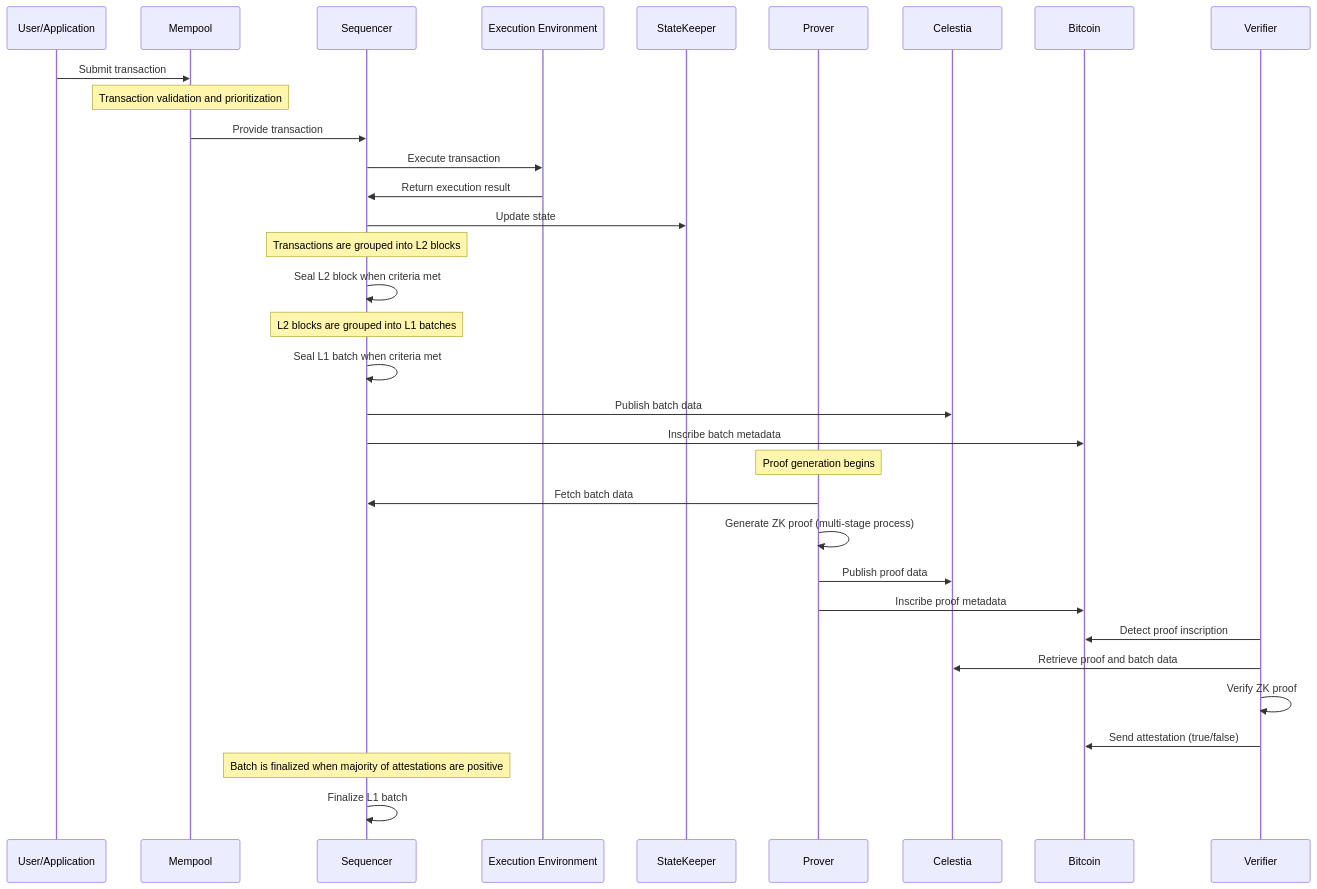
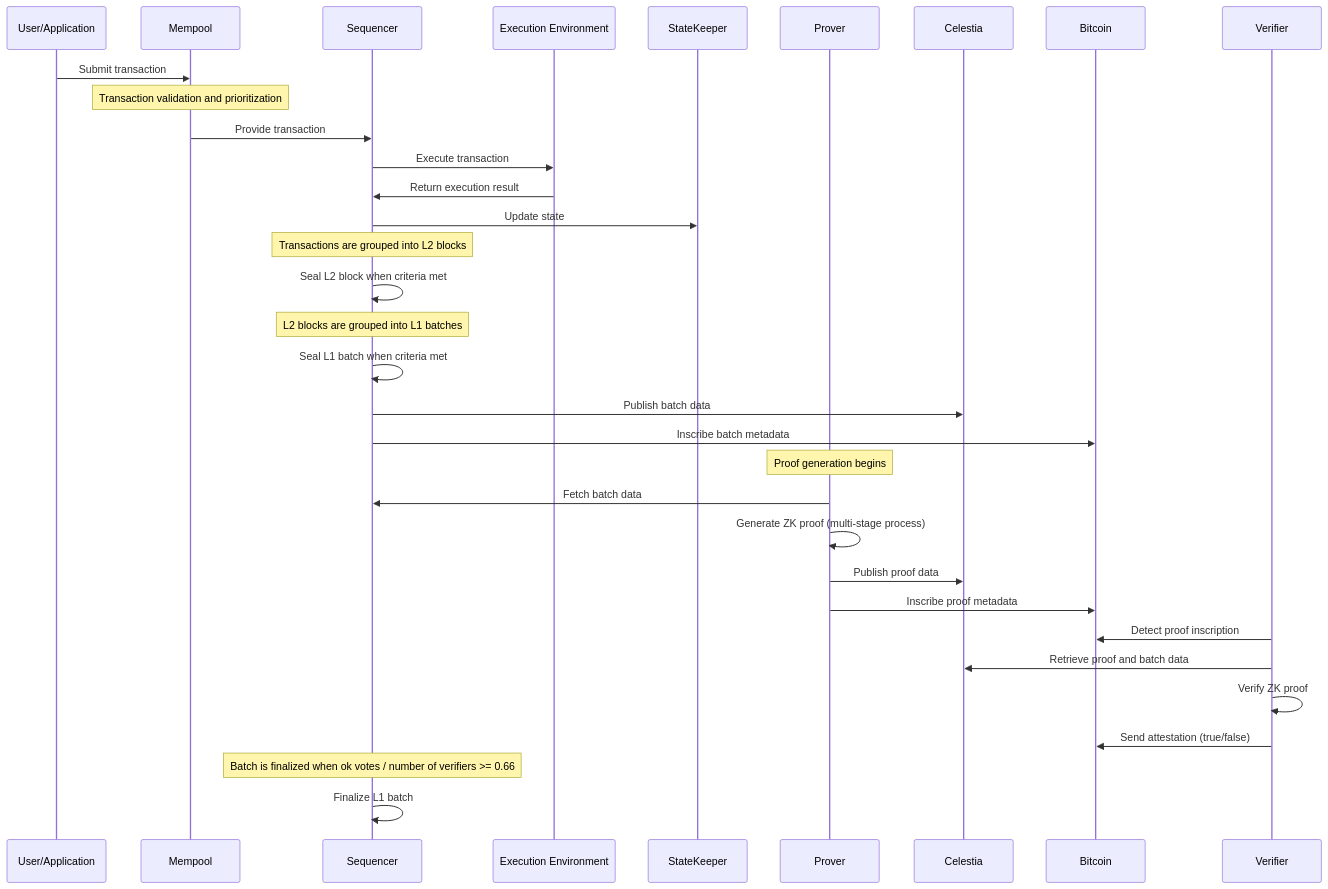
One commit to romanornr/via-core-docs changed the first of 7 diagrams in workflow_analysis.md. Above: the diagram before and after it, drawn with Mermaid. The commit also changed other lines of this file and 8 other files, not shown here.

````diff
--- a/workflow_analysis.md
+++ b/workflow_analysis.md
@@ -11,36 +11,36 @@
 ```mermaid
 sequenceDiagram
     participant User as User/Application
     participant Mempool
     participant Sequencer
     participant VM as Execution Environment
     participant StateKeeper
     participant Prover
     participant Celestia
     participant Bitcoin
     participant Verifier
 
     User->>Mempool: Submit transaction
     Note over Mempool: Transaction validation and prioritization
     Mempool->>Sequencer: Provide transaction
     Sequencer->>VM: Execute transaction
     VM->>Sequencer: Return execution result
     Sequencer->>StateKeeper: Update state
     Note over Sequencer: Transactions are grouped into L2 blocks
     Sequencer->>Sequencer: Seal L2 block when criteria met
     Note over Sequencer: L2 blocks are grouped into L1 batches
     Sequencer->>Sequencer: Seal L1 batch when criteria met
     Sequencer->>Celestia: Publish batch data
     Sequencer->>Bitcoin: Inscribe batch metadata
     Note over Prover: Proof generation begins
     Prover->>Sequencer: Fetch batch data
     Prover->>Prover: Generate ZK proof (multi-stage process)
     Prover->>Celestia: Publish proof data
     Prover->>Bitcoin: Inscribe proof metadata
     Verifier->>Bitcoin: Detect proof inscription
     Verifier->>Celestia: Retrieve proof and batch data
     Verifier->>Verifier: Verify ZK proof
     Verifier->>Bitcoin: Send attestation (true/false)
-    Note over Sequencer: Batch is finalized when majority of attestations are positive
+    Note over Sequencer: Batch is finalized when ok votes / number of verifiers >= 0.66
     Sequencer->>Sequencer: Finalize L1 batch
 ```
````
